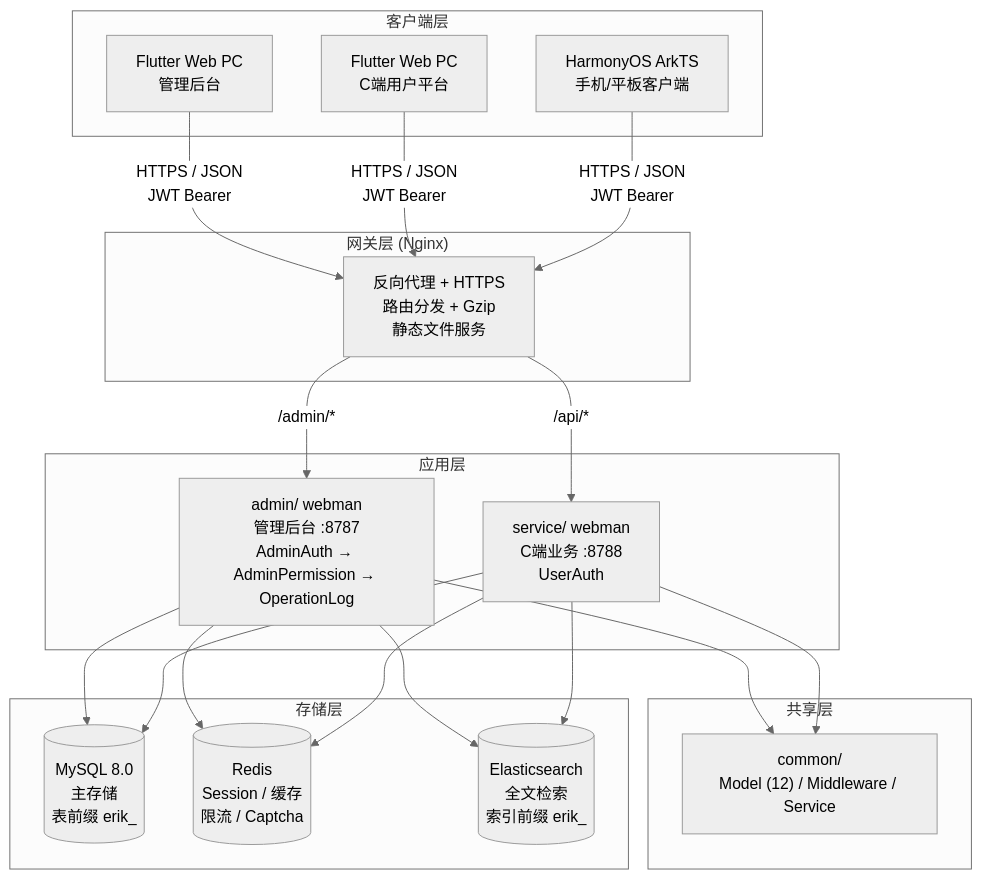
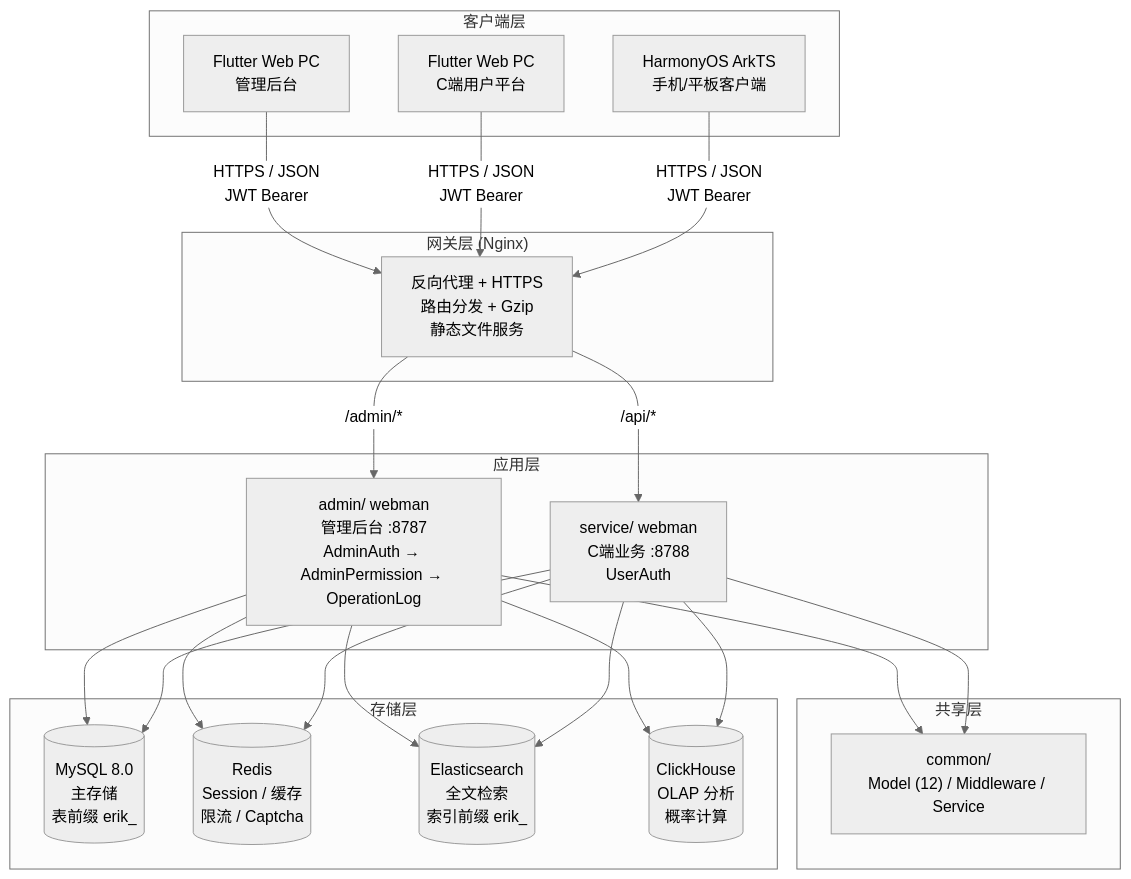
One commit to erikwang2013/game-platform-php changed the first of 2 diagrams in docs/ARCHITECTURE.md. Above: the diagram before and after it, drawn with Mermaid (neutral theme). The commit also changed other lines of this file and 90 other files, not shown here.

````diff
--- a/docs/ARCHITECTURE.md
+++ b/docs/ARCHITECTURE.md
@@ -7,33 +7,34 @@
 ```mermaid
 flowchart TB
     subgraph "客户端层"
         A1["Flutter Web PC<br/>管理后台"]
         A2["Flutter Web PC<br/>C端用户平台"]
         A3["HarmonyOS ArkTS<br/>手机/平板客户端"]
     end
 
     subgraph "网关层 (Nginx)"
         B1["反向代理 + HTTPS<br/>路由分发 + Gzip<br/>静态文件服务"]
     end
 
     subgraph "应用层"
         C1["admin/ webman<br/>管理后台 :8787<br/>AdminAuth → AdminPermission → OperationLog"]
         C2["service/ webman<br/>C端业务 :8788<br/>UserAuth"]
     end
 
     subgraph "共享层"
         D1["common/<br/>Model (12) / Middleware / Service"]
     end
 
     subgraph "存储层"
         E1[("MySQL 8.0<br/>主存储<br/>表前缀 erik_")]
         E2[("Redis<br/>Session / 缓存<br/>限流 / Captcha")]
         E3[("Elasticsearch<br/>全文检索<br/>索引前缀 erik_")]
+        E4[("ClickHouse<br/>OLAP 分析<br/>概率计算")]
     end
 
     A1 & A2 & A3 -->|"HTTPS / JSON<br/>JWT Bearer"| B1
     B1 -->|"/admin/*"| C1
     B1 -->|"/api/*"| C2
     C1 & C2 --> D1
-    C1 & C2 --> E1 & E2 & E3
+    C1 & C2 --> E1 & E2 & E3 & E4
 ```
````
